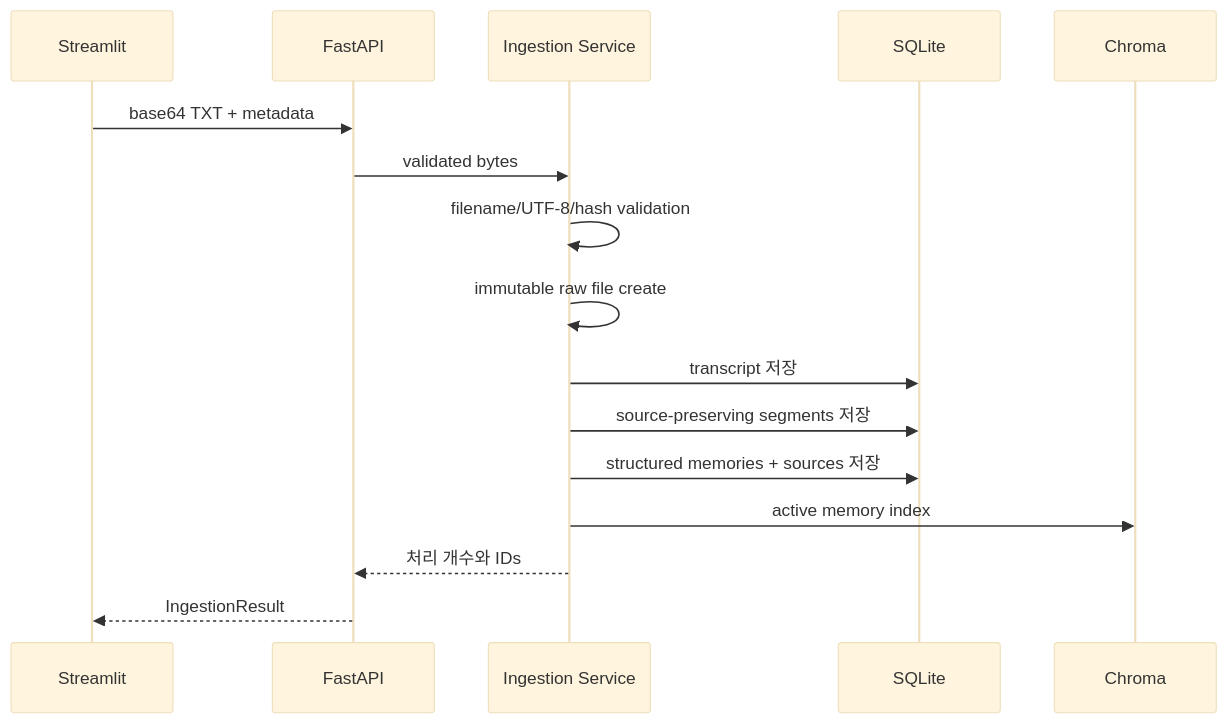
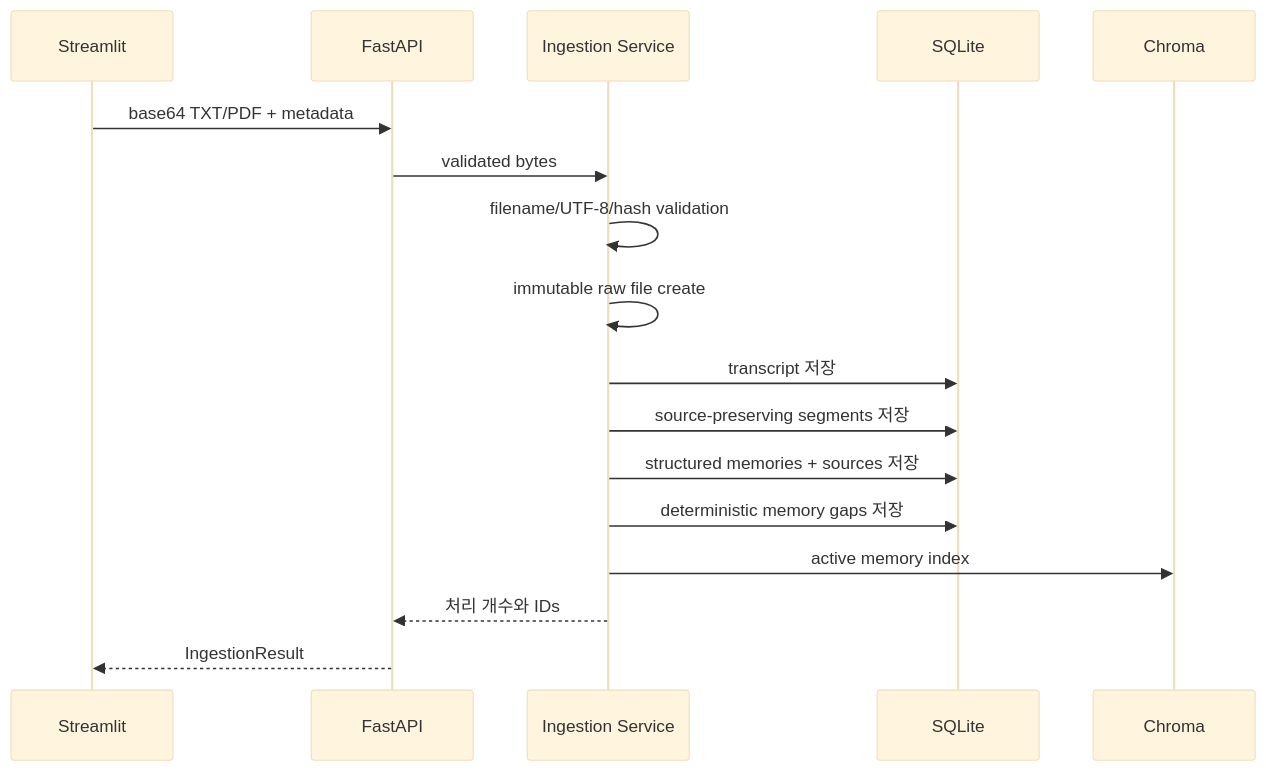
The second of 7 diagrams in docs/ARCHITECTURE.md (nnieun/life-archive-ai), drawn with Mermaid (base theme) before and after one commit. The commit also changed other lines of this file and 8 other files, not shown here.

````diff
--- a/docs/ARCHITECTURE.md
+++ b/docs/ARCHITECTURE.md
@@ -50,19 +55,20 @@
 ```mermaid
 sequenceDiagram
     participant UI as Streamlit
     participant API as FastAPI
     participant I as Ingestion Service
     participant DB as SQLite
     participant C as Chroma
 
-    UI->>API: base64 TXT + metadata
+    UI->>API: base64 TXT/PDF + metadata
     API->>I: validated bytes
     I->>I: filename/UTF-8/hash validation
     I->>I: immutable raw file create
     I->>DB: transcript 저장
     I->>DB: source-preserving segments 저장
     I->>DB: structured memories + sources 저장
+    I->>DB: deterministic memory gaps 저장
     I->>C: active memory index
     I-->>API: 처리 개수와 IDs
     API-->>UI: IngestionResult
 ```
````
